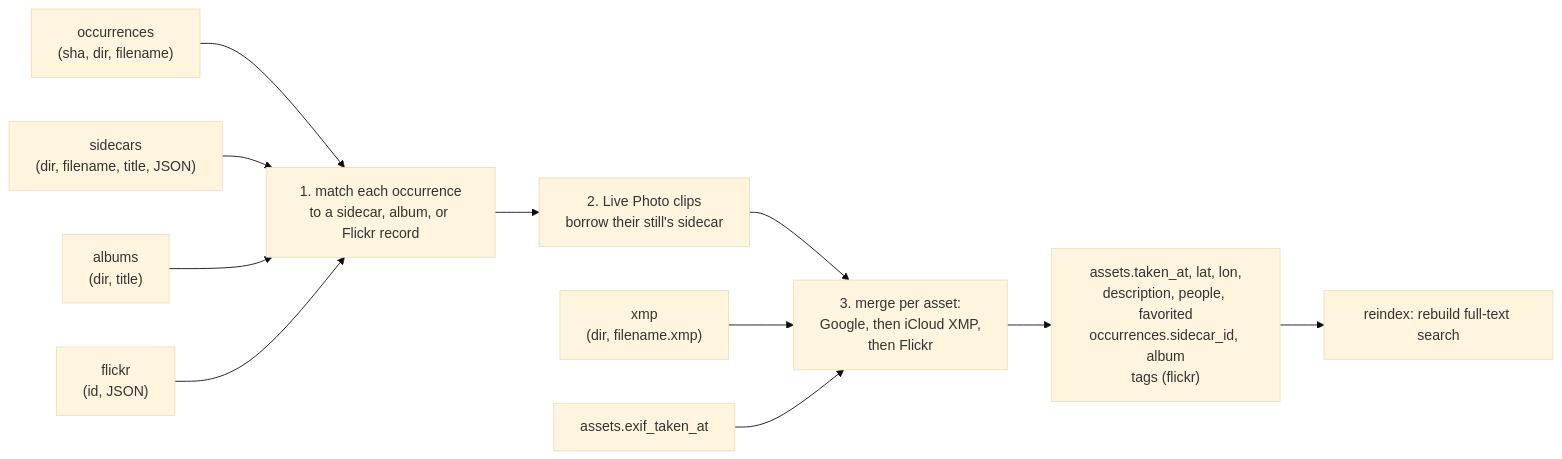
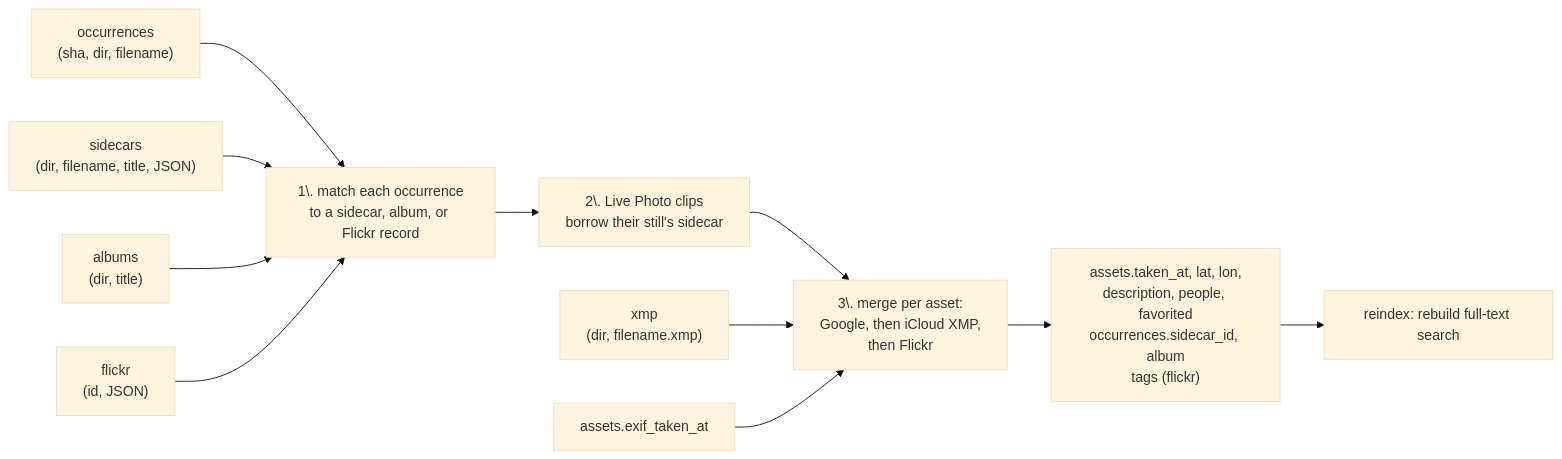
One commit to jflam/photo-estate changed the first of 3 diagrams in docs/book/06-linking.md. Above: the diagram before and after it, drawn with Mermaid (base theme). The commit also changed 4 other files, not shown here.

First line of the commit message:
Book site: numbered diagram labels read as lists, so they drew as errors

````diff
--- a/docs/book/06-linking.md
+++ b/docs/book/06-linking.md
@@ -17,20 +17,20 @@
 ```mermaid
 flowchart LR
     OCC["occurrences<br/>(sha, dir, filename)"]
     SC["sidecars<br/>(dir, filename, title, JSON)"]
     AL["albums<br/>(dir, title)"]
     XM["xmp<br/>(dir, filename.xmp)"]
     FL["flickr<br/>(id, JSON)"]
     EX["assets.exif_taken_at"]
 
-    OCC --> M1["1. match each occurrence<br/>to a sidecar, album, or Flickr record"]
+    OCC --> M1["1\. match each occurrence<br/>to a sidecar, album, or Flickr record"]
     SC --> M1
     AL --> M1
     FL --> M1
-    M1 --> M2["2. Live Photo clips<br/>borrow their still's sidecar"]
-    M2 --> M3["3. merge per asset:<br/>Google, then iCloud XMP,<br/>then Flickr"]
+    M1 --> M2["2\. Live Photo clips<br/>borrow their still's sidecar"]
+    M2 --> M3["3\. merge per asset:<br/>Google, then iCloud XMP,<br/>then Flickr"]
     XM --> M3
     EX --> M3
     M3 --> OUT["assets.taken_at, lat, lon,<br/>description, people, favorited<br/>occurrences.sidecar_id, album<br/>tags (flickr)"]
     OUT --> IDX["reindex: rebuild full-text search"]
 ```
````
